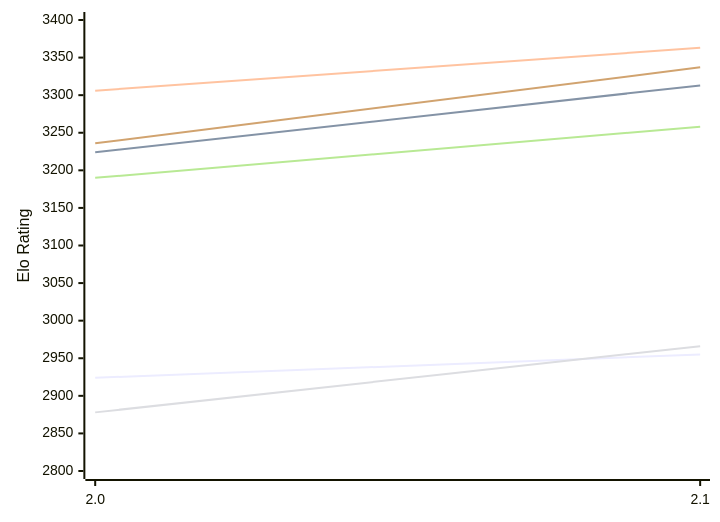
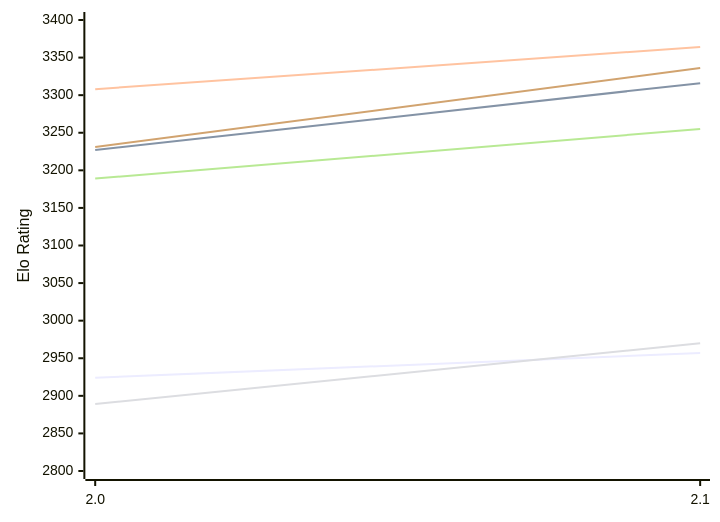
The first of 2 diagrams in engines/Onslaught.md (computer-chess-index/cci), drawn with Mermaid before and after one commit. The commit also changed other lines of this file, not shown here.

Commit message:
Update CCI Ratings (ELO VLTC) - 2026-11-17

````diff
--- a/engines/Onslaught.md
+++ b/engines/Onslaught.md
@@ -50,12 +50,12 @@
 ```mermaid
 %%{init: {"theme":"base","themeVariables":{"seriesColors:['#a3a3a3','#222221','#faa371']}}}%%
 xychart-beta
   x-axis ["2.0", "2.1"]
   y-axis "Elo Rating" 2800 --> 3400
-  line "E1: STC (8.0+0.08s)" [2924, 2955]
-  line "E1: LTC (60.0+0.60s)" [3224, 3313]
-  line "E1: VLTC (2m24s+1.12s)" [3306, 3363]
-  line "P1: STC (8.0+0.08s)" [2878, 2966]
-  line "P1: LTC (60.0+0.60s)" [3190, 3258]
-  line "P1: VLTC (2m24s+1.12s)" [3236, 3337]
+  line "E1: STC (8.0+0.08s)" [2924, 2957]
+  line "E1: LTC (60.0+0.60s)" [3227, 3316]
+  line "E1: VLTC (2m24s+1.12s)" [3308, 3364]
+  line "P1: STC (8.0+0.08s)" [2889, 2970]
+  line "P1: LTC (60.0+0.60s)" [3189, 3255]
+  line "P1: VLTC (2m24s+1.12s)" [3231, 3336]
 ```
````
